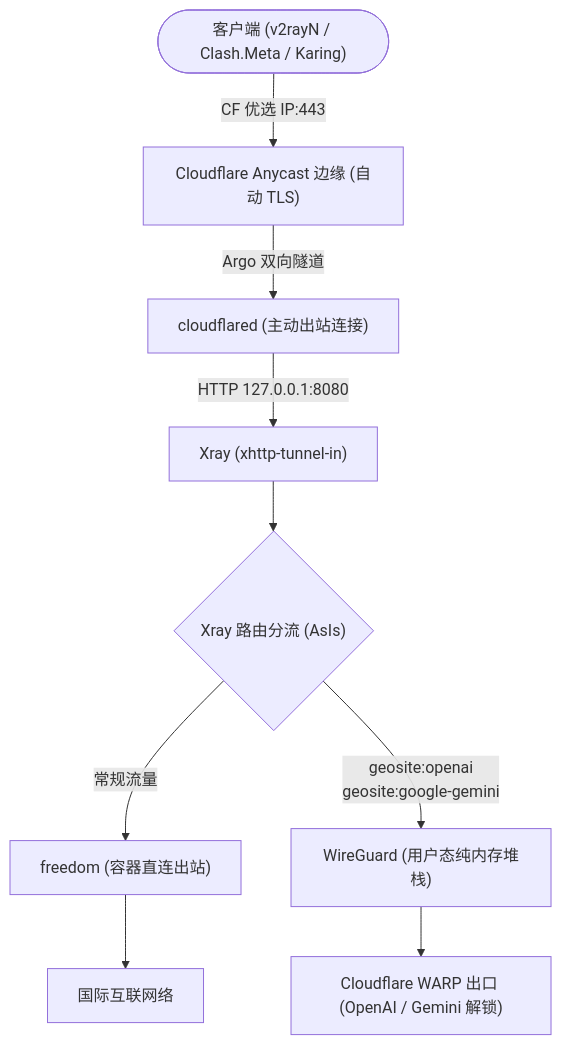
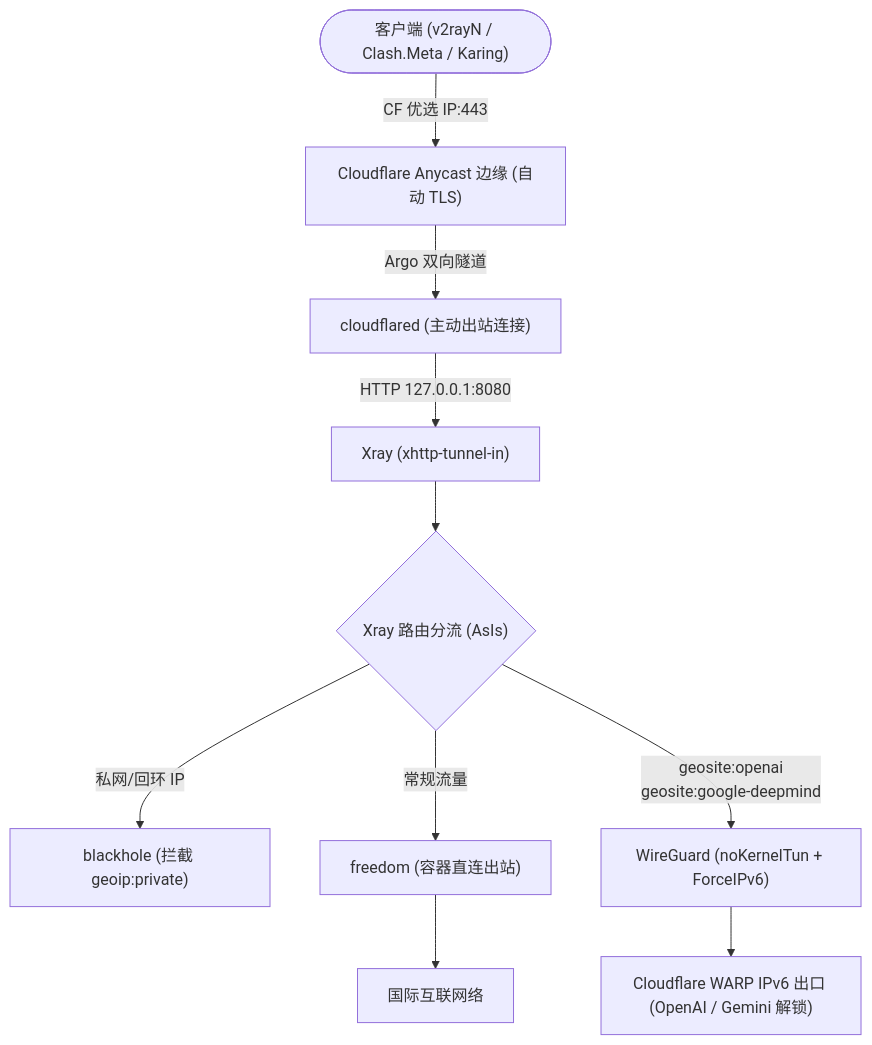
The second of 2 diagrams in README.md (weiweibunan/xray-xhttp-warp), drawn with Mermaid before and after one commit. The commit also changed other lines of this file and 12 other files, not shown here.

````diff
--- a/README.md
+++ b/README.md
@@ -53,10 +55,11 @@
 ```mermaid
 flowchart TD
     Client(["客户端 (v2rayN / Clash.Meta / Karing)"]) -->|CF 优选 IP:443| CFEdge["Cloudflare Anycast 边缘 (自动 TLS)"]
     CFEdge -->|Argo 双向隧道| CFTunnel["cloudflared (主动出站连接)"]
     CFTunnel -->|HTTP 127.0.0.1:8080| Inbound["Xray (xhttp-tunnel-in)"]
     
     Inbound --> Router{"Xray 路由分流 (AsIs)"}
+    Router -->|私网/回环 IP| OutBlock["blackhole (拦截 geoip:private)"]
     Router -->|常规流量| OutDirect["freedom (容器直连出站)"] --> TargetDirect["国际互联网络"]
-    Router -->|geosite:openai\ngeosite:google-gemini| OutWarp["WireGuard (用户态纯内存堆栈)"] --> TargetAI["Cloudflare WARP 出口 (OpenAI / Gemini 解锁)"]
+    Router -->|geosite:openai\ngeosite:google-deepmind| OutWarp["WireGuard (noKernelTun + ForceIPv6)"] --> TargetAI["Cloudflare WARP IPv6 出口 (OpenAI / Gemini 解锁)"]
 ```
````
